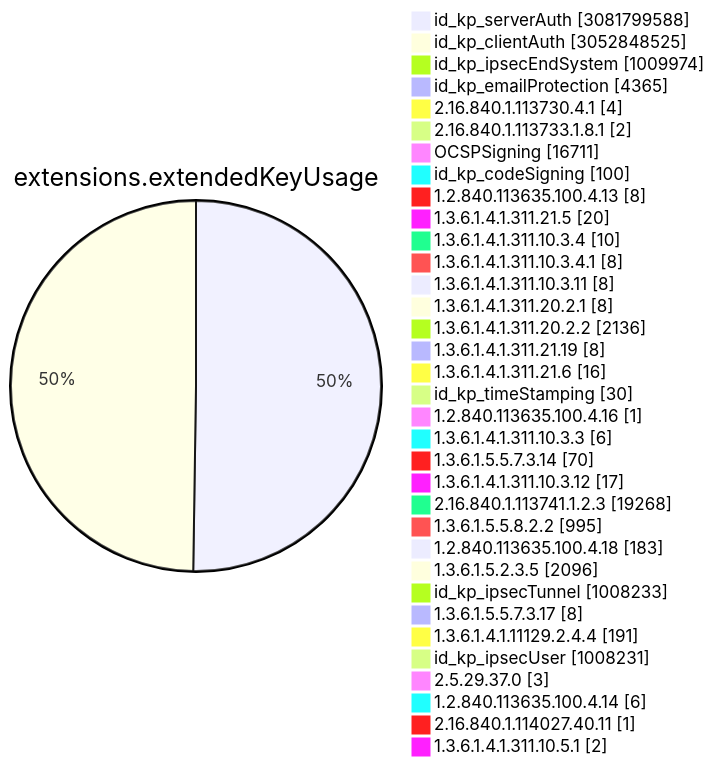
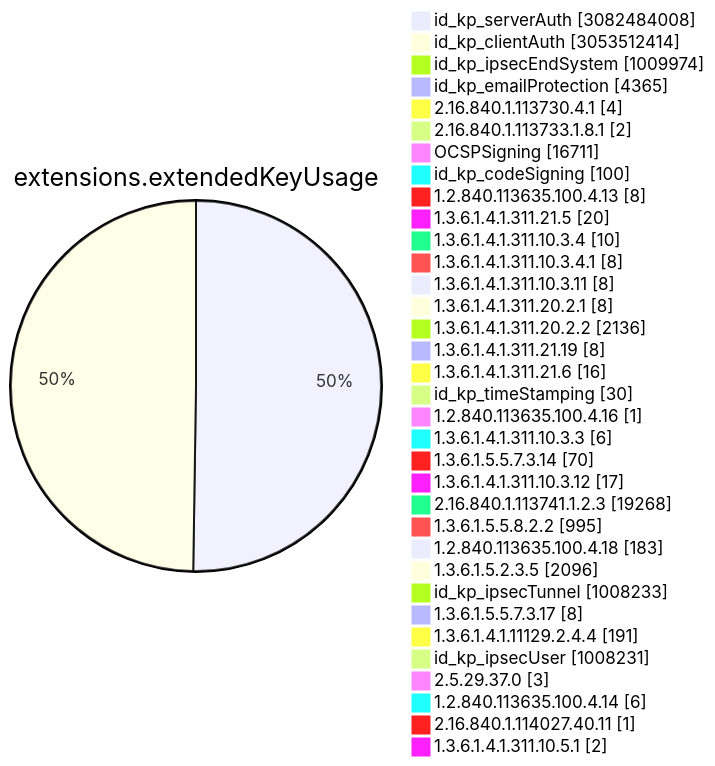
Diagram 11 of 15 in TOTAL/README.md (christiankrug/ctmonitor_visualization), drawn with Mermaid before and after one commit. The commit also changed other lines of this file, not shown here.

````diff
--- a/TOTAL/README.md
+++ b/TOTAL/README.md
@@ -4117,38 +4117,38 @@
 ```mermaid
 pie showData
 title extensions.extendedKeyUsage
-"id_kp_serverAuth" :3081799588
-"id_kp_clientAuth" :3052848525
+"id_kp_serverAuth" :3082484008
+"id_kp_clientAuth" :3053512414
 "id_kp_ipsecEndSystem" :1009974
 "id_kp_emailProtection" :4365
 "2.16.840.1.113730.4.1" :4
 "2.16.840.1.113733.1.8.1" :2
 "OCSPSigning" :16711
 "id_kp_codeSigning" :100
 "1.2.840.113635.100.4.13" :8
 "1.3.6.1.4.1.311.21.5" :20
 "1.3.6.1.4.1.311.10.3.4" :10
 "1.3.6.1.4.1.311.10.3.4.1" :8
 "1.3.6.1.4.1.311.10.3.11" :8
 "1.3.6.1.4.1.311.20.2.1" :8
 "1.3.6.1.4.1.311.20.2.2" :2136
 "1.3.6.1.4.1.311.21.19" :8
 "1.3.6.1.4.1.311.21.6" :16
 "id_kp_timeStamping" :30
 "1.2.840.113635.100.4.16" :1
 "1.3.6.1.4.1.311.10.3.3" :6
 "1.3.6.1.5.5.7.3.14" :70
 "1.3.6.1.4.1.311.10.3.12" :17
 "2.16.840.1.113741.1.2.3" :19268
 "1.3.6.1.5.5.8.2.2" :995
 "1.2.840.113635.100.4.18" :183
 "1.3.6.1.5.2.3.5" :2096
 "id_kp_ipsecTunnel" :1008233
 "1.3.6.1.5.5.7.3.17" :8
 "1.3.6.1.4.1.11129.2.4.4" :191
 "id_kp_ipsecUser" :1008231
 "2.5.29.37.0" :3
 "1.2.840.113635.100.4.14" :6
 "2.16.840.1.114027.40.11" :1
 "1.3.6.1.4.1.311.10.5.1" :2
 ```
````
